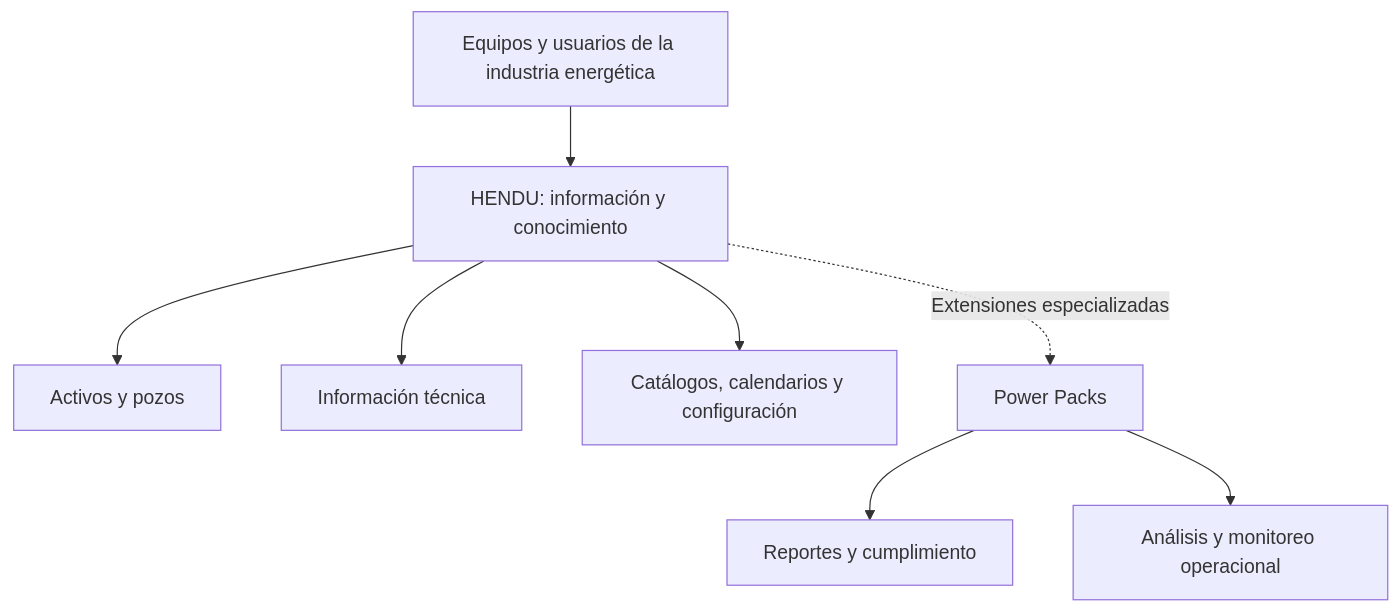
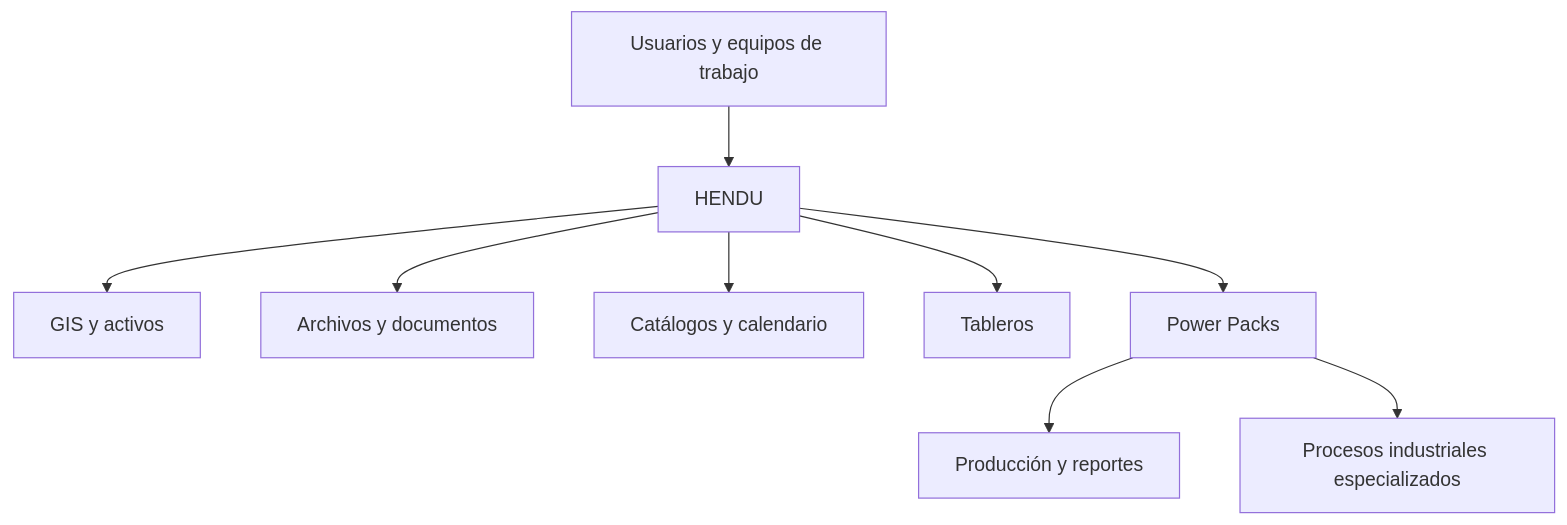
Before and after one commit to isaiassolis/hendu-enterprise-data-management: the diagram in README.md, drawn with Mermaid. The commit also changed other lines of this file, not shown here.

Commit message:
docs: present HENDU through first-person product leadership narrative

````diff
--- a/README.md
+++ b/README.md
@@ -83,10 +102,11 @@
 ```mermaid
 flowchart TB
-    U[Equipos y usuarios de la industria energética] --> H[HENDU: información y conocimiento]
-    H --> A[Activos y pozos]
-    H --> I[Información técnica]
-    H --> C[Catálogos, calendarios y configuración]
-    H -. Extensiones especializadas .-> P[Power Packs]
-    P --> R[Reportes y cumplimiento]
-    P --> O[Análisis y monitoreo operacional]
+    U[Usuarios y equipos de trabajo] --> H[HENDU]
+    H --> G[GIS y activos]
+    H --> D[Archivos y documentos]
+    H --> C[Catálogos y calendario]
+    H --> T[Tableros]
+    H --> P[Power Packs]
+    P --> R[Producción y reportes]
+    P --> O[Procesos industriales especializados]
 ```
````
